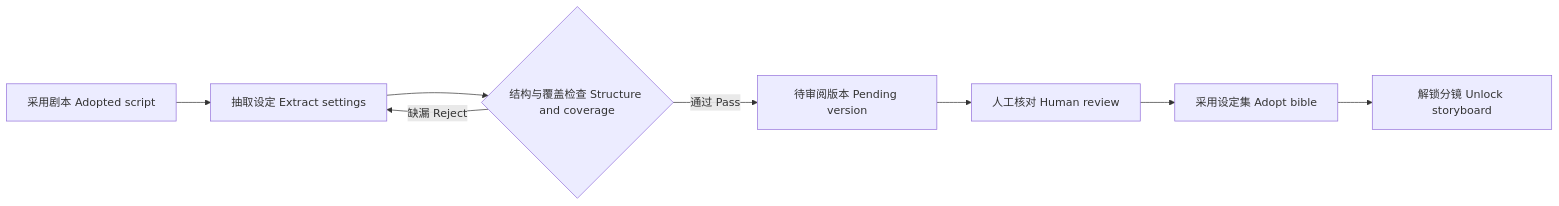
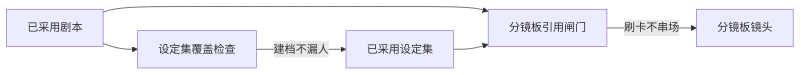
One commit to yukawasensei/harness-book-for-everyone changed the diagram in book/build/chapters/p05.md. Above: the diagram before and after it, drawn with Mermaid. The commit also changed other lines of this file and 45 other files, not shown here.

````diff
--- a/book/build/chapters/p05.md
+++ b/book/build/chapters/p05.md
@@ -13,10 +44,8 @@
 ```mermaid
 flowchart LR
-  S["采用剧本 Adopted script"] --> E["抽取设定 Extract settings"]
-  E --> V{"结构与覆盖检查 Structure and coverage"}
-  V -->|"缺漏 Reject"| E
-  V -->|"通过 Pass"| P["待审阅版本 Pending version"]
-  P --> H["人工核对 Human review"]
-  H --> A["采用设定集 Adopt bible"]
-  A --> U["解锁分镜 Unlock storyboard"]
+  S["已采用剧本"] --> C1["设定集覆盖检查"]
+  C1 -->|"建档不漏人"| B["已采用设定集"]
+  S --> C2["分镜板引用闸门"]
+  B --> C2
+  C2 -->|"刷卡不串场"| D["分镜板镜头"]
 ```
````
